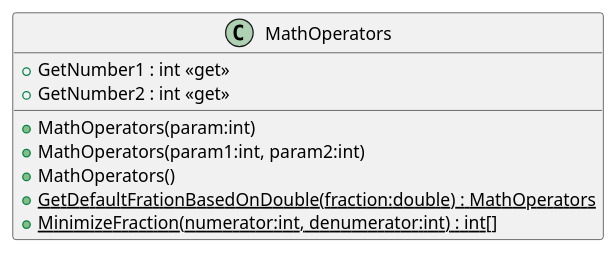
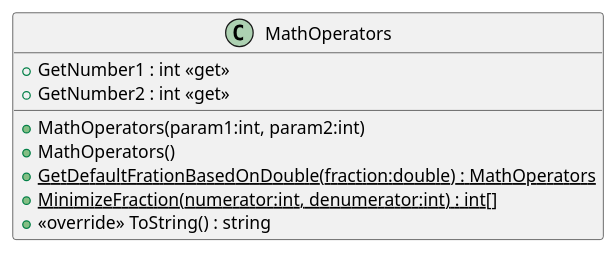
The diagram in plantuml/20240628_HW26/MathOperators.puml (19vano97/levelUpOOP), drawn with PlantUML before and after one commit. The commit also changed 42 other files, not shown here.

```diff
--- a/plantuml/20240628_HW26/MathOperators.puml
+++ b/plantuml/20240628_HW26/MathOperators.puml
@@ -1,11 +1,11 @@
 @startuml
 class MathOperators {
-    + MathOperators(param:int)
     + MathOperators(param1:int, param2:int)
     + MathOperators()
     + GetNumber1 : int <<get>>
     + GetNumber2 : int <<get>>
     + {static} GetDefaultFrationBasedOnDouble(fraction:double) : MathOperators
     + {static} MinimizeFraction(numerator:int, denumerator:int) : int[]
+    + <<override>> ToString() : string
 }
 @enduml
```
